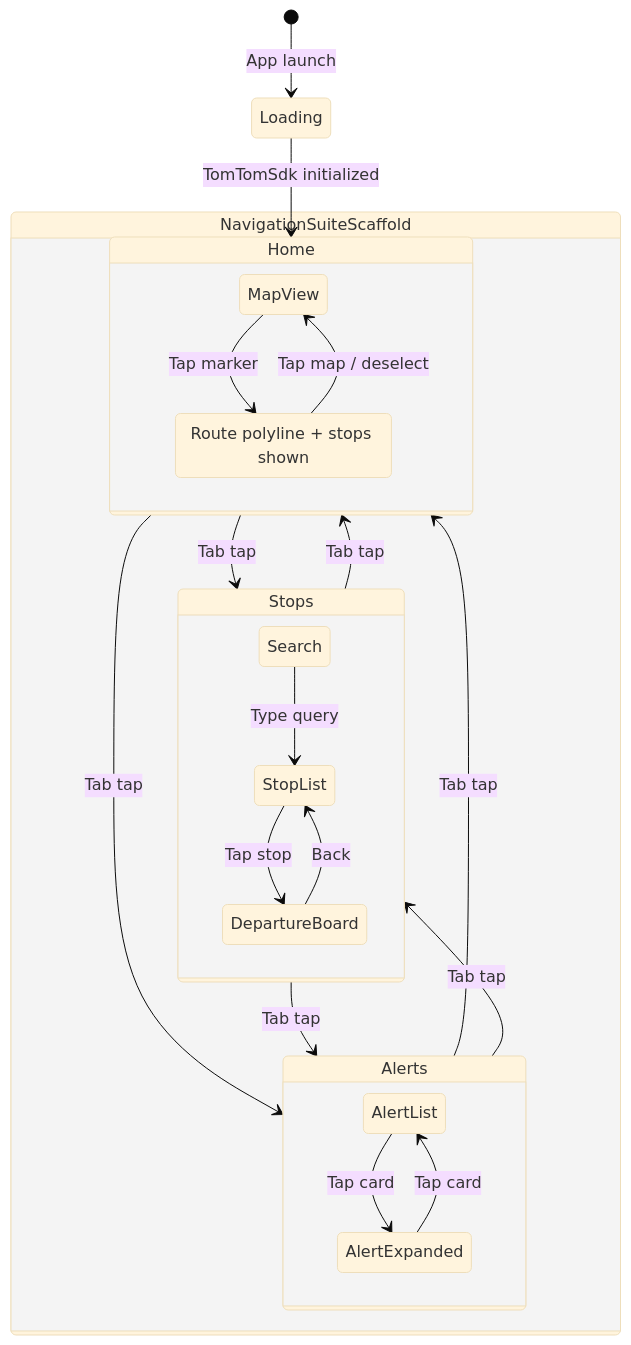
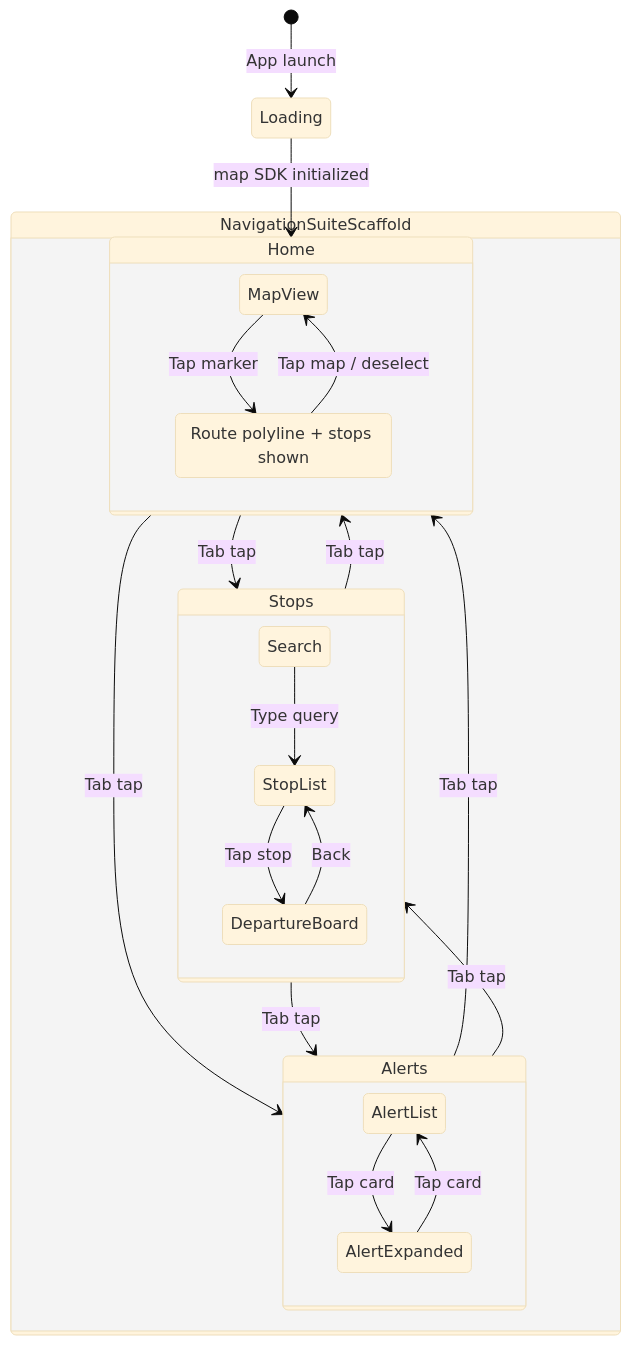
Before and after one commit to karczews/PublicTransportViewer: the tenth of 10 diagrams in docs/ARCHITECTURE.md, drawn with Mermaid (base theme). The commit also changed other lines of this file and 23 other files, not shown here.

First line of the commit message:
feat: add MapLibre map SDK flavor (#73)

````diff
--- a/docs/ARCHITECTURE.md
+++ b/docs/ARCHITECTURE.md
@@ -459,31 +474,31 @@
 ```mermaid
 stateDiagram-v2
     [*] --> Loading: App launch
-    Loading --> Home: TomTomSdk initialized
+    Loading --> Home: map SDK initialized
 
     state NavigationSuiteScaffold {
         Home --> Stops: Tab tap
         Home --> Alerts: Tab tap
         Stops --> Home: Tab tap
         Stops --> Alerts: Tab tap
         Alerts --> Home: Tab tap
         Alerts --> Stops: Tab tap
     }
 
     state Home {
         MapView --> VehicleSelected: Tap marker
         VehicleSelected --> MapView: Tap map / deselect
         VehicleSelected: Route polyline + stops shown
     }
 
     state Stops {
         Search --> StopList: Type query
         StopList --> DepartureBoard: Tap stop
         DepartureBoard --> StopList: Back
     }
 
     state Alerts {
         AlertList --> AlertExpanded: Tap card
         AlertExpanded --> AlertList: Tap card
     }
 ```
````
